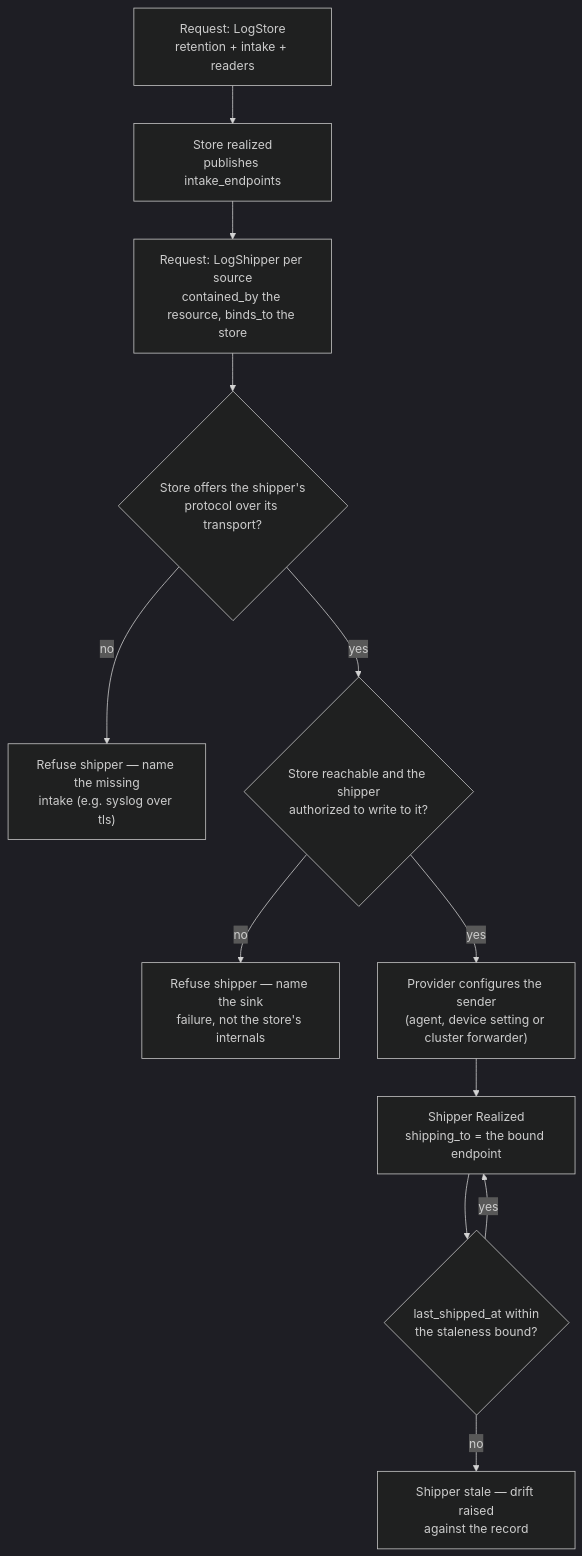
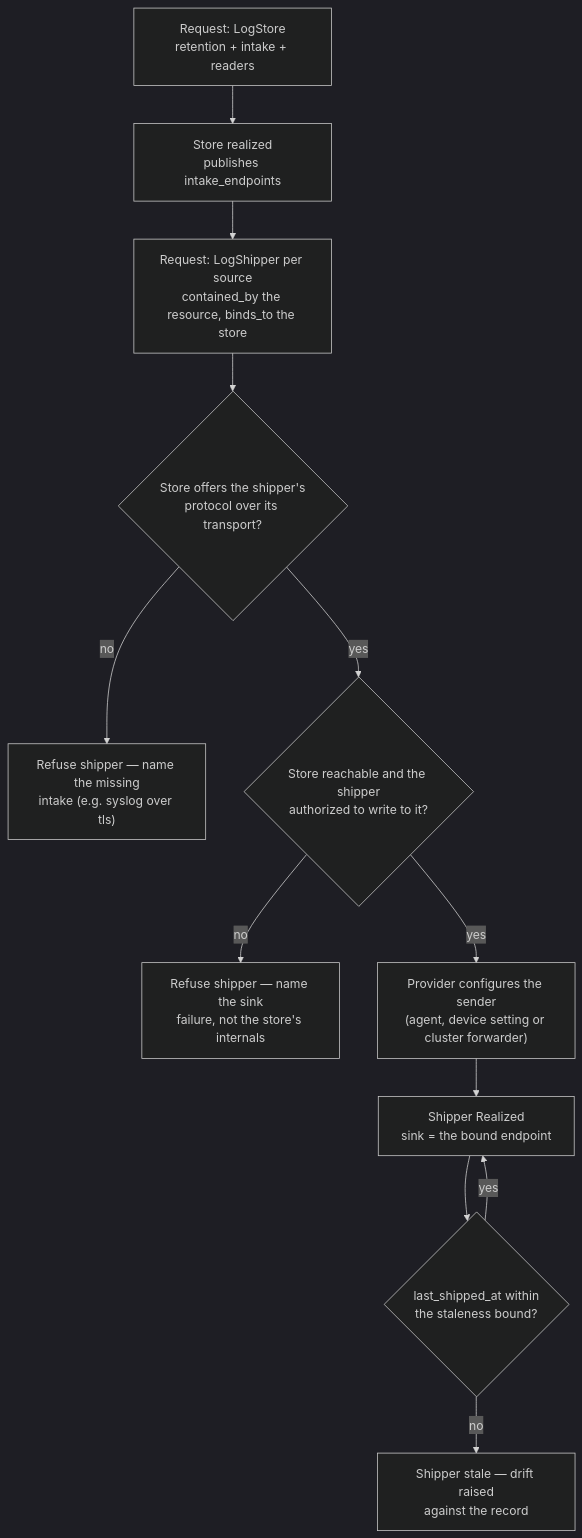
Before and after one commit to croadfeldt/udlm: the diagram in docs/flows/log-shipping-lifecycle.md, drawn with Mermaid (dark theme). The commit also changed other lines of this file and 31 other files, not shown here.

First line of the commit message:
docs sweep 4a: the lifecycle flows read true and plain

````diff
--- a/docs/flows/log-shipping-lifecycle.md
+++ b/docs/flows/log-shipping-lifecycle.md
@@ -21,14 +21,14 @@
 ```mermaid
 flowchart TD
     A["Request: LogStore<br/>retention + intake + readers"] --> B["Store realized<br/>publishes intake_endpoints"]
     B --> C["Request: LogShipper per source<br/>contained_by the resource, binds_to the store"]
     C --> D{"Store offers the shipper's<br/>protocol over its transport?"}
     D -->|no| D1["Refuse shipper — name the missing<br/>intake (e.g. syslog over tls)"]
     D -->|yes| E{"Store reachable and the shipper<br/>authorized to write to it?"}
     E -->|no| E1["Refuse shipper — name the sink<br/>failure, not the store's internals"]
     E -->|yes| F["Provider configures the sender<br/>(agent, device setting or cluster forwarder)"]
-    F --> G["Shipper Realized<br/>shipping_to = the bound endpoint"]
+    F --> G["Shipper Realized<br/>sink = the bound endpoint"]
     G --> H{"last_shipped_at within<br/>the staleness bound?"}
     H -->|no| H1["Shipper stale — drift raised<br/>against the record"]
     H -->|yes| G
 ```
````
